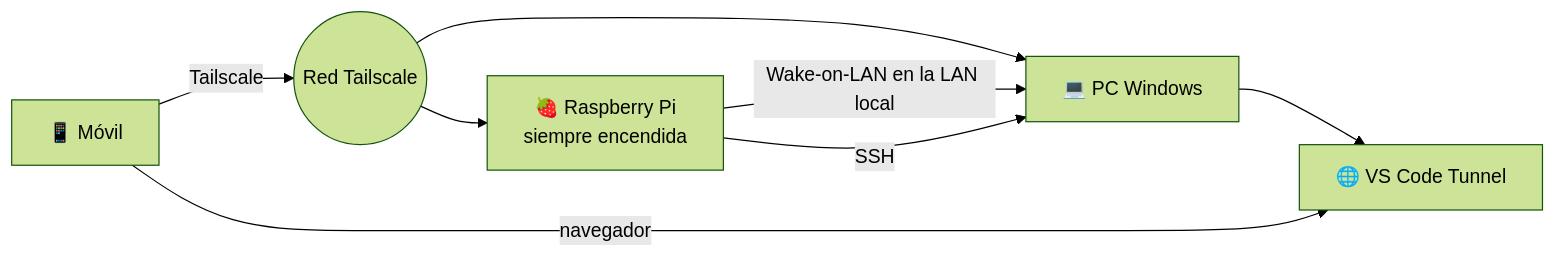
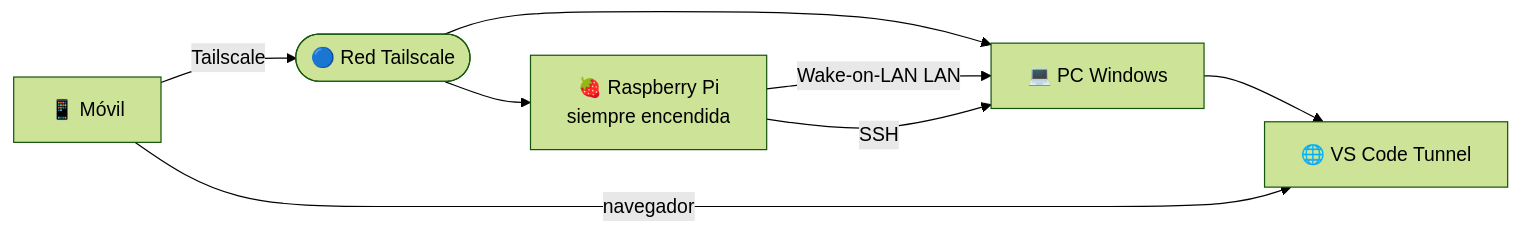
One commit to Juanba98/remote-dev-tutorial changed the diagram in README.md. Above: the diagram before and after it, drawn with Mermaid (forest theme).

Commit message:
Fix Mermaid flowchart not rendering on GitHub
Wrap node labels in double quotes to allow emojis and special characters.

````diff
--- a/README.md
+++ b/README.md
@@ -27,10 +27,10 @@
 ```mermaid
 flowchart LR
-    M[📱 Móvil] -->|Tailscale| T((Red Tailscale))
-    T --> RPI[🍓 Raspberry Pi<br/>siempre encendida]
-    T --> PC[💻 PC Windows]
-    RPI -->|Wake-on-LAN en la LAN local| PC
+    M["📱 Móvil"] -->|Tailscale| T(["🔵 Red Tailscale"])
+    T --> RPI["🍓 Raspberry Pi<br/>siempre encendida"]
+    T --> PC["💻 PC Windows"]
+    RPI -->|Wake-on-LAN LAN| PC
     RPI -->|SSH| PC
-    PC --> TUN[🌐 VS Code Tunnel]
+    PC --> TUN["🌐 VS Code Tunnel"]
     M -->|navegador| TUN
 ```
````
